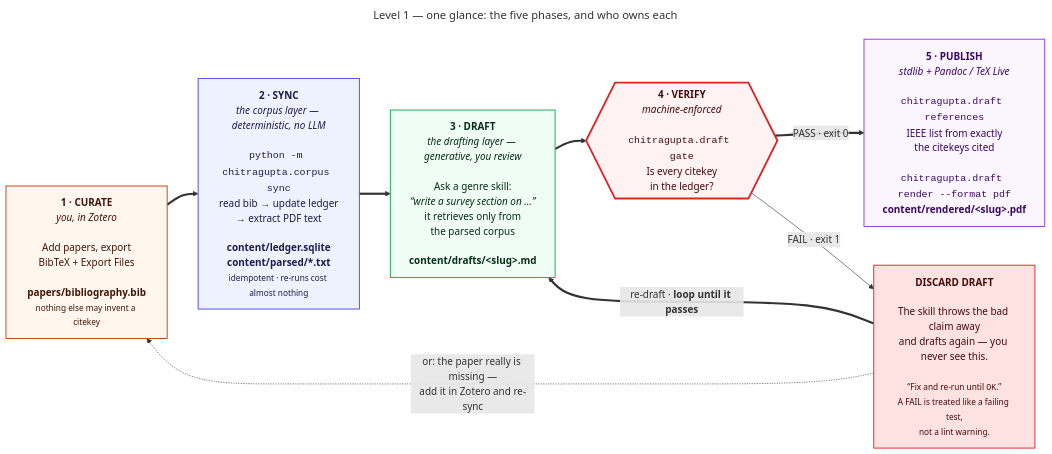
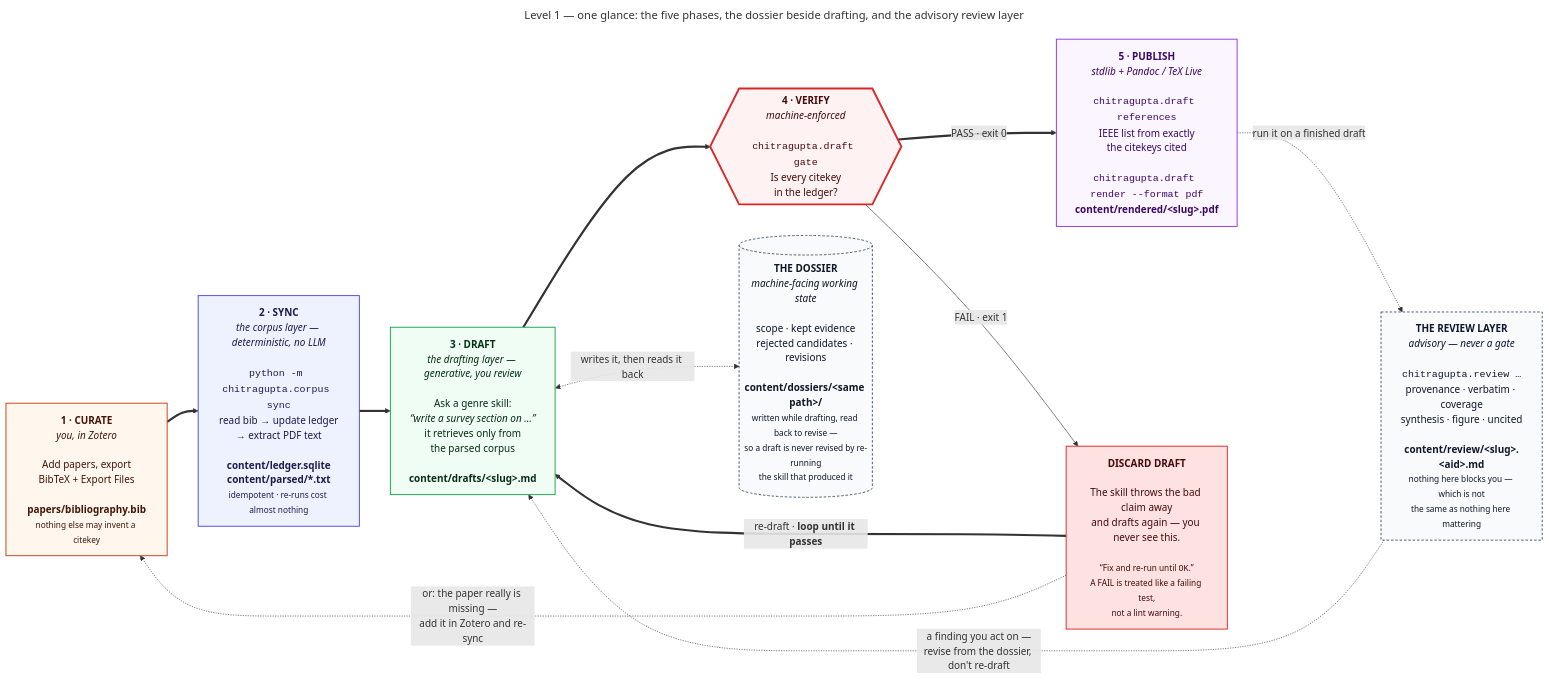
One commit to prasadtalasila/chitragupta changed the diagram in docs/diagrams/v1-overview.mmd. Above: the diagram before and after it, drawn with Mermaid. The commit also changed 4 other files, not shown here.

```diff
--- a/docs/diagrams/v1-overview.mmd
+++ b/docs/diagrams/v1-overview.mmd
@@ -1,36 +1,47 @@
 ---
-title: "Level 1 — one glance: the five phases, and who owns each"
+title: "Level 1 — one glance: the five phases, the dossier beside drafting, and the advisory review layer"
 ---
 flowchart LR
 
   P0["<b>1 · CURATE</b><br/><i>you, in Zotero</i><br/><br/>Add papers, export<br/>BibTeX + Export Files<br/><br/><b>papers/bibliography.bib</b><br/><small>nothing else may invent a citekey</small>"]
 
   P1["<b>2 · SYNC</b><br/><i>the corpus layer — deterministic, no LLM</i><br/><br/><code>python -m chitragupta.corpus sync</code><br/>read bib → update ledger<br/>→ extract PDF text<br/><br/><b>content/ledger.sqlite</b><br/><b>content/parsed/*.txt</b><br/><small>idempotent · re-runs cost almost nothing</small>"]
 
   P2["<b>3 · DRAFT</b><br/><i>the drafting layer — generative, you review</i><br/><br/>Ask a genre skill:<br/><i>“write a survey section on …”</i><br/>it retrieves only from<br/>the parsed corpus<br/><br/><b>content/drafts/&lt;slug&gt;.md</b>"]
 
   P3{{"<b>4 · VERIFY</b><br/><i>machine-enforced</i><br/><br/><code>chitragupta.draft gate</code><br/>Is every citekey<br/>in the ledger?"}}
 
   P4["<b>5 · PUBLISH</b><br/><i>stdlib + Pandoc / TeX Live</i><br/><br/><code>chitragupta.draft references</code><br/>IEEE list from exactly<br/>the citekeys cited<br/><br/><code>chitragupta.draft render --format pdf</code><br/><b>content/rendered/&lt;slug&gt;.pdf</b>"]
 
   FIX["<b>DISCARD DRAFT</b><br/><br/>The skill throws the bad claim away<br/>and drafts again — you never see this.<br/><br/><small>“Fix and re-run until <code>OK</code>.”<br/>A FAIL is treated like a failing test,<br/>not a lint warning.</small>"]
 
+  DOSS[("<b>THE DOSSIER</b><br/><i>machine-facing working state</i><br/><br/>scope · kept evidence<br/>rejected candidates · revisions<br/><br/><b>content/dossiers/&lt;same path&gt;/</b><br/><small>written while drafting, read back to revise —<br/>so a draft is never revised by re-running<br/>the skill that produced it</small>")]
+
+  REV["<b>THE REVIEW LAYER</b><br/><i>advisory — never a gate</i><br/><br/><code>chitragupta.review …</code><br/>provenance · verbatim · coverage<br/>synthesis · figure · uncited<br/><br/><b>content/review/&lt;slug&gt;.&lt;aid&gt;.md</b><br/><small>nothing here blocks you — which is not<br/>the same as nothing here mattering</small>"]
+
   P0 ==> P1 ==> P2 ==> P3
   P3 == "PASS · exit 0" ==> P4
   P3 -- "FAIL · exit 1" --> FIX
   FIX == "re-draft · <b>loop until it passes</b>" ==> P2
   FIX -. "or: the paper really is missing —<br/>add it in Zotero and re-sync" .-> P0
+
+  P2 <-. "writes it, then reads it back" .-> DOSS
+  P4 -. "run it on a finished draft" .-> REV
+  REV -. "a finding you act on —<br/>revise from the dossier, don't re-draft" .-> P2
 
   classDef you fill:#fff7ed,stroke:#c2410c,stroke-width:1.5px,color:#431407
   classDef det fill:#eef2ff,stroke:#4f46e5,stroke-width:1.5px,color:#1e1b4b
   classDef gen fill:#f0fdf4,stroke:#16a34a,stroke-width:1.5px,color:#052e16
   classDef gate fill:#fef2f2,stroke:#dc2626,stroke-width:3px,color:#450a0a
   classDef out fill:#faf5ff,stroke:#9333ea,stroke-width:1.5px,color:#3b0764
   classDef bad fill:#fee2e2,stroke:#dc2626,stroke-width:1.5px,color:#450a0a
+  classDef side fill:#f8fafc,stroke:#475569,stroke-width:1.5px,stroke-dasharray:4 3,color:#0f172a
 
   class P0 you
   class P1 det
   class P2 gen
   class P3 gate
   class P4 out
   class FIX bad
+  class DOSS side
+  class REV side
```
